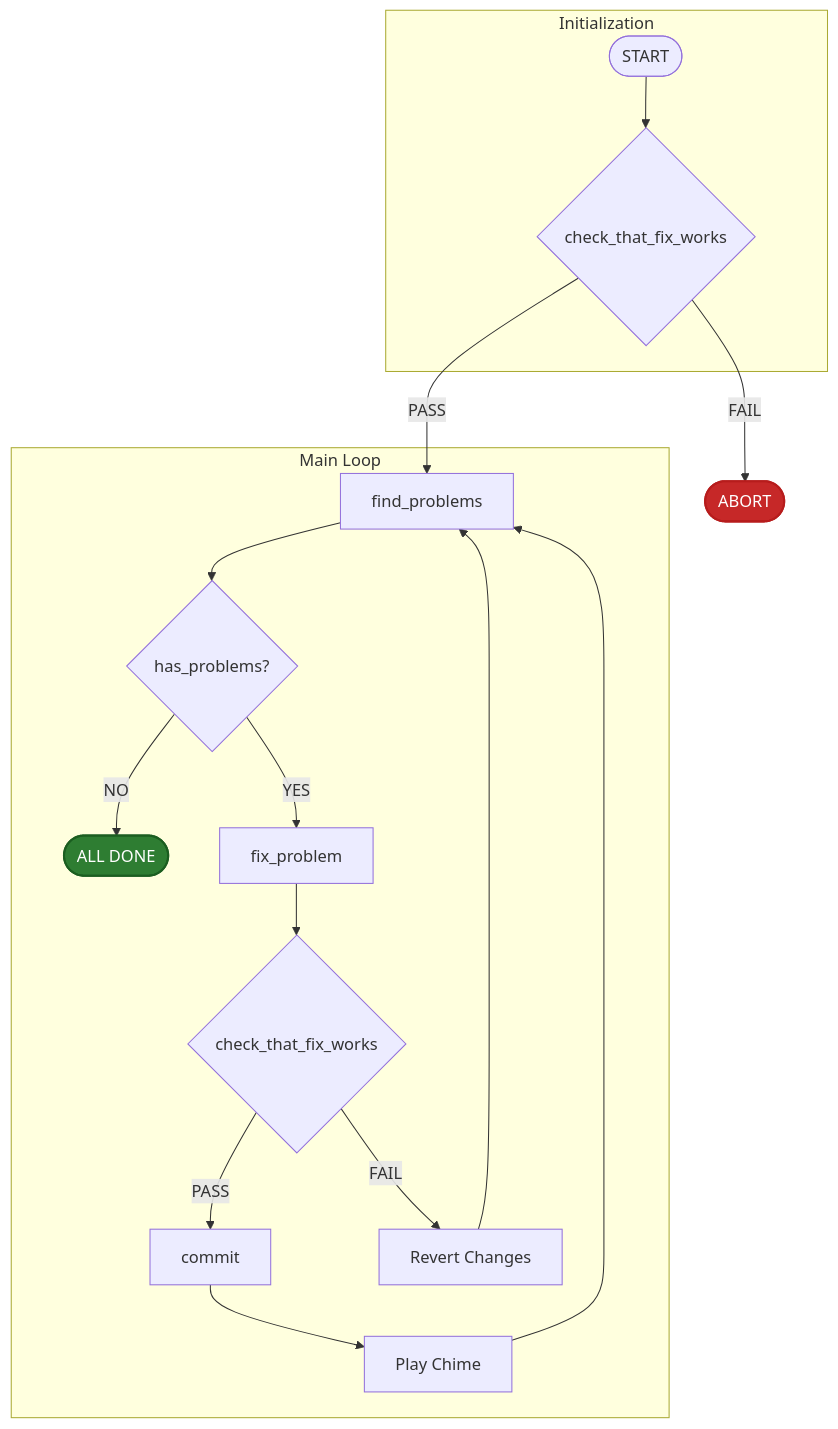
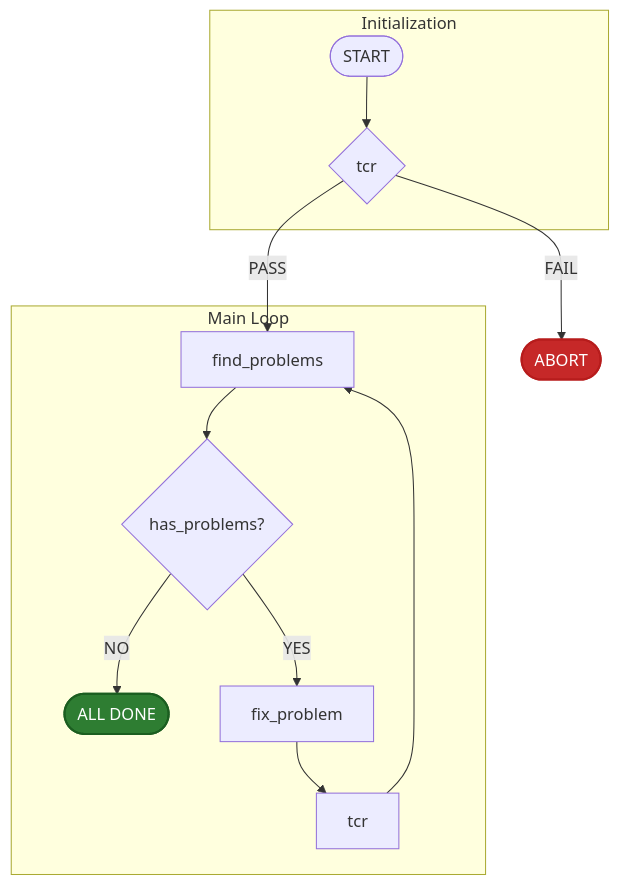
The diagram in internal_documentation/ai_fixer_loop.md (approvals/ApprovalTests.Python), drawn with Mermaid before and after one commit. The commit also changed other lines of this file and 1 other file, not shown here.

````diff
--- a/internal_documentation/ai_fixer_loop.md
+++ b/internal_documentation/ai_fixer_loop.md
@@ -22,26 +19,22 @@
 ```mermaid
 flowchart TD
     subgraph Initialization
-        Start([START]) --> InitialTest{check_that_fix_works}
+        Start([START]) --> InitialTest{tcr}
     end
 
     InitialTest -->|FAIL| Exit([ABORT])
     InitialTest -->|PASS| FindProblems["find_problems"]
     
     subgraph Main Loop
         FindProblems --> HasProblems{has_problems?}
         HasProblems -->|NO| Done([ALL DONE])
         HasProblems -->|YES| FixProblem[fix_problem]
         
-        FixProblem --> PostFixTest{check_that_fix_works}
-        PostFixTest -->|PASS| CommitChanges[commit]
-        PostFixTest -->|FAIL| Revert[Revert Changes]
-        
-        CommitChanges --> Chime[Play Chime] --> FindProblems
-        Revert --> FindProblems
+        FixProblem --> Tcr[tcr]
+        Tcr --> FindProblems
     end
     
     %% Styling
     style Done fill:#2e7d32,stroke:#1b5e20,stroke-width:2px,color:#fff
     style Exit fill:#c62828,stroke:#b71c1c,stroke-width:2px,color:#fff
 ```
````
